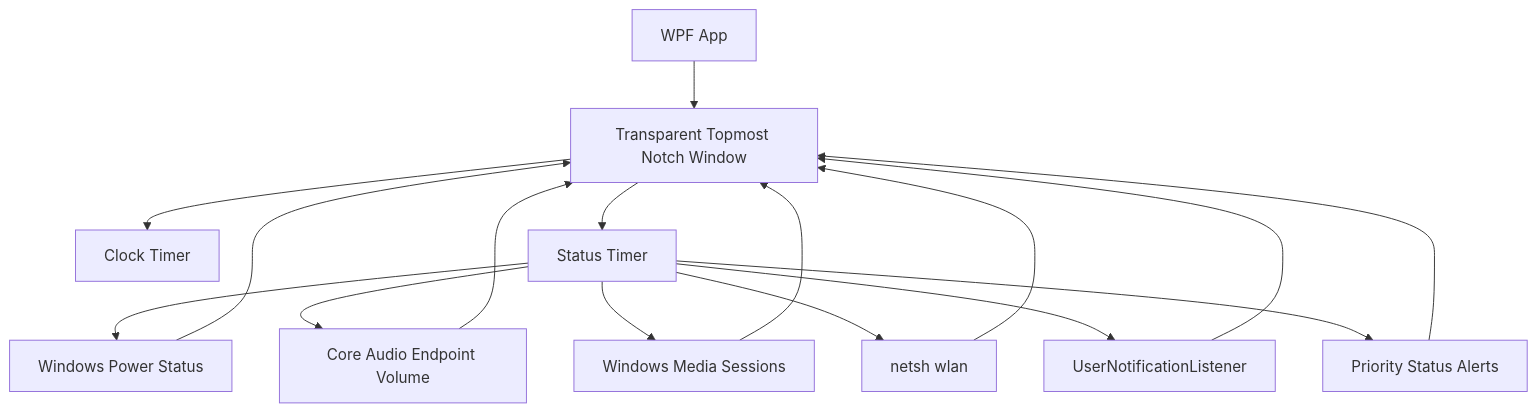
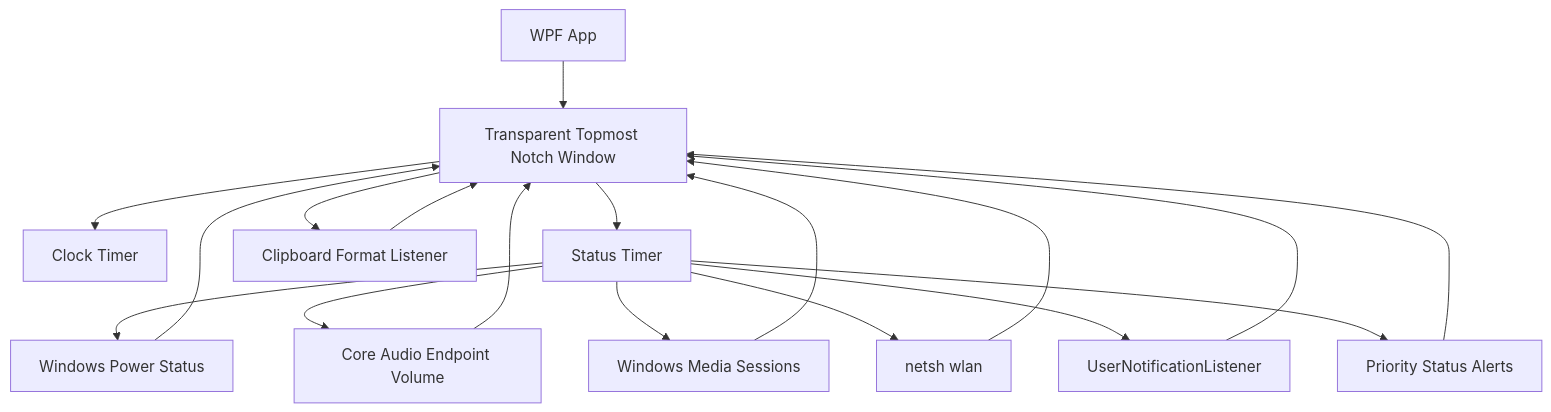
The first of 2 diagrams in docs/architecture.md (mjmajlesi/winotch), drawn with Mermaid before and after one commit. The commit also changed other lines of this file and 16 other files, not shown here.

````diff
--- a/docs/architecture.md
+++ b/docs/architecture.md
@@ -5,18 +5,20 @@
 ```mermaid
 flowchart TD
     App["WPF App"] --> Window["Transparent Topmost Notch Window"]
     Window --> Clock["Clock Timer"]
     Window --> Status["Status Timer"]
     Status --> Battery["Windows Power Status"]
     Status --> Audio["Core Audio Endpoint Volume"]
     Status --> Media["Windows Media Sessions"]
     Status --> Wifi["netsh wlan"]
     Status --> Notifications["UserNotificationListener"]
     Status --> Priority["Priority Status Alerts"]
+    Window --> Clipboard["Clipboard Format Listener"]
     Battery --> Window
     Audio --> Window
     Media --> Window
     Wifi --> Window
     Notifications --> Window
     Priority --> Window
+    Clipboard --> Window
 ```
````
